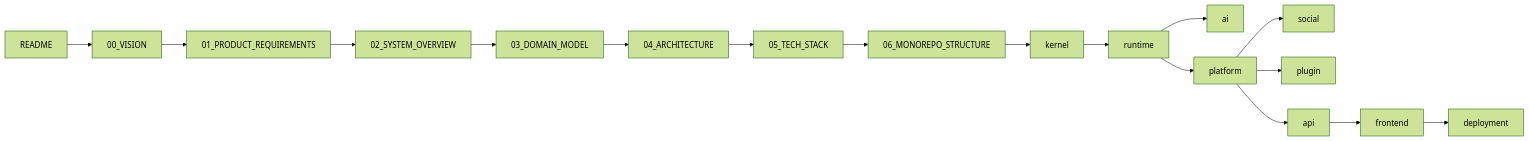
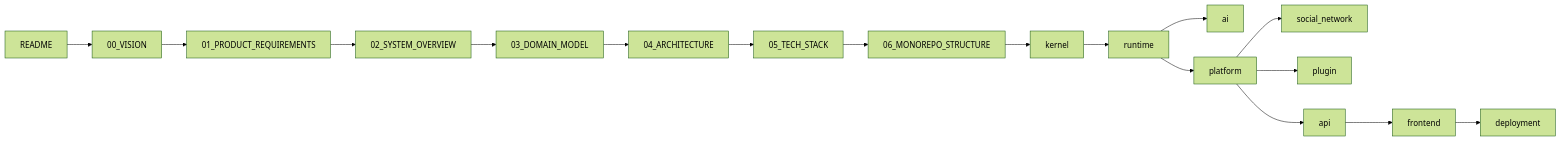
One commit to Buicongbang04/Social_OS changed the second of 3 diagrams in docs/INDEX.md. Above: the diagram before and after it, drawn with Mermaid (forest theme). The commit also changed other lines of this file and 55 other files, not shown here.

First line of the commit message:
Restructure docs: move social/ to social_network/, dedupe platform docs

````diff
--- a/docs/INDEX.md
+++ b/docs/INDEX.md
@@ -476,19 +477,19 @@
 ```mermaid
 flowchart LR
     README --> _00_VISION["00_VISION"]
     _00_VISION["00_VISION"] --> _01_PRODUCT_REQUIREMENTS["01_PRODUCT_REQUIREMENTS"]
     _01_PRODUCT_REQUIREMENTS["01_PRODUCT_REQUIREMENTS"] --> _02_SYSTEM_OVERVIEW["02_SYSTEM_OVERVIEW"]
     _02_SYSTEM_OVERVIEW["02_SYSTEM_OVERVIEW"] --> _03_DOMAIN_MODEL["03_DOMAIN_MODEL"]
     _03_DOMAIN_MODEL["03_DOMAIN_MODEL"] --> _04_ARCHITECTURE["04_ARCHITECTURE"]
     _04_ARCHITECTURE["04_ARCHITECTURE"] --> _05_TECH_STACK["05_TECH_STACK"]
     _05_TECH_STACK["05_TECH_STACK"] --> _06_MONOREPO_STRUCTURE["06_MONOREPO_STRUCTURE"]
     _06_MONOREPO_STRUCTURE["06_MONOREPO_STRUCTURE"] --> kernel
     kernel["kernel"] --> runtime
     runtime["runtime"] --> ai
     runtime["runtime"] --> platform
-    platform["platform"] --> social
+    platform["platform"] --> social_network
     platform["platform"] --> plugin
     platform["platform"] --> api
     api["api"] --> frontend
     frontend["frontend"] --> deployment
 ```
````
